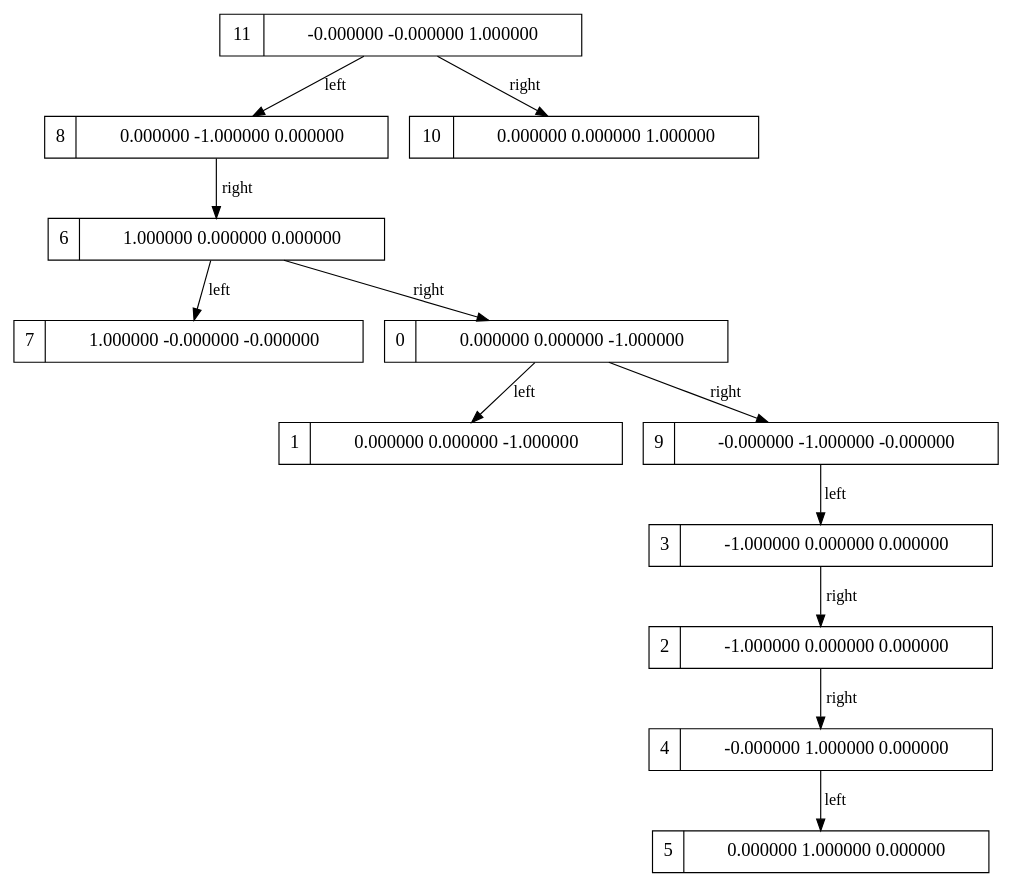
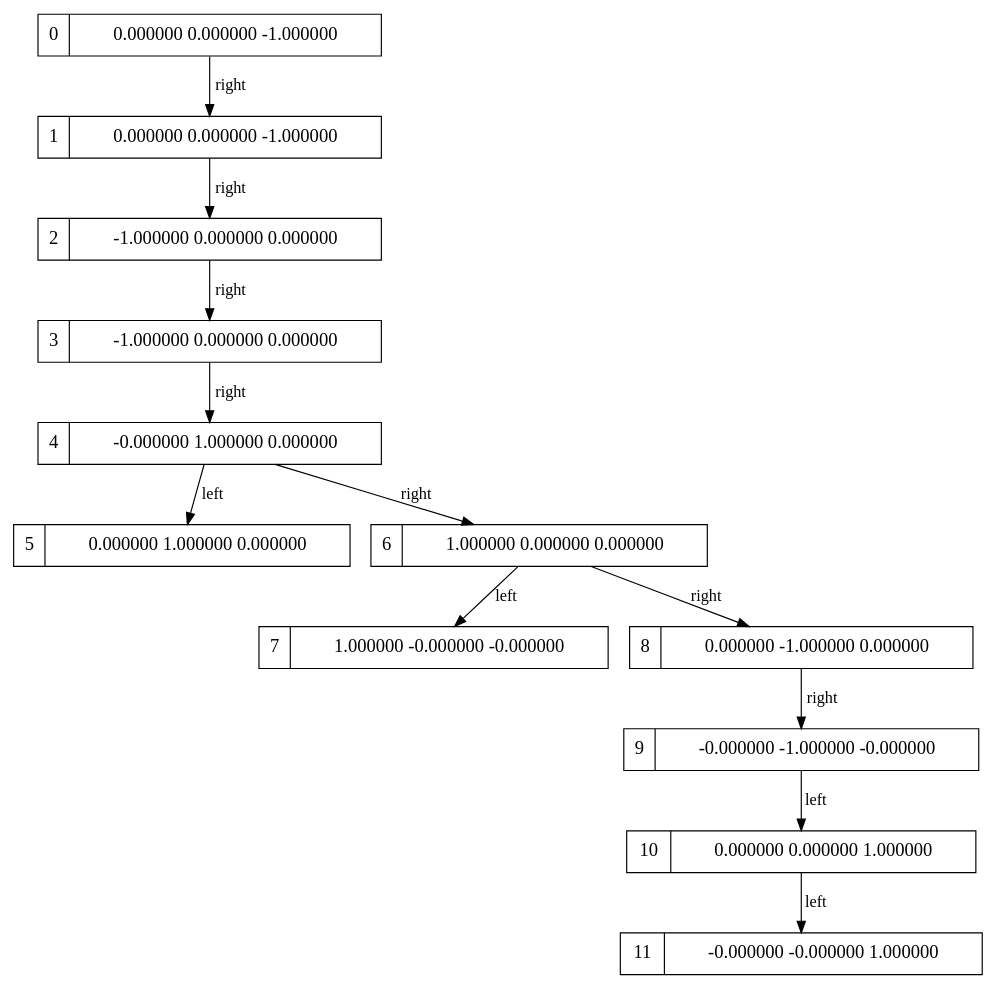
Before and after one commit to AryaGosuDev/RayTracer: the diagram in Render2/cubeoutGraph.dot, drawn with Graphviz. The commit also changed 33 other files, not shown here.

```diff
--- a/Render2/cubeoutGraph.dot
+++ b/Render2/cubeoutGraph.dot
@@ -1,1 +1,1 @@
-digraph g { graph []; node [ fontsize="16" shape = "ellipse"]; edge [];"node11" [ label = "11 | -0.000000 -0.000000 1.000000 " shape = "record" ];"node8" [ label = "8 | 0.000000 -1.000000 0.000000 " shape = "record" ];"node6" [ label = "6 | 1.000000 0.000000 0.000000 " shape = "record" ];"node7" [ label = "7 | 1.000000 -0.000000 -0.000000 " shape = "record" ];"node0" [ label = "0 | 0.000000 0.000000 -1.000000 " shape = "record" ];"node1" [ label = "1 | 0.000000 0.000000 -1.000000 " shape = "record" ];"node9" [ label = "9 | -0.000000 -1.000000 -0.000000 " shape = "record" ];"node3" [ label = "3 | -1.000000 0.000000 0.000000 " shape = "record" ];"node2" [ label = "2 | -1.000000 0.000000 0.000000 " shape = "record" ];"node4" [ label = "4 | -0.000000 1.000000 0.000000 " shape = "record" ];"node5" [ label = "5 | 0.000000 1.000000 0.000000 " shape = "record" ];"node10" [ label = "10 | 0.000000 0.000000 1.000000 " shape = "record" ];"node11"-> "node8" [ label = "left"];"node8"-> "node6" [ label = "right"];"node6"-> "node7" [ label = "left"];"node6"-> "node0" [ label = "right"];"node0"-> "node1" [ label = "left"];"node0"-> "node9" [ label = "right"];"node9"-> "node3" [ label = "left"];"node3"-> "node2" [ label = "right"];"node2"-> "node4" [ label = "right"];"node4"-> "node5" [ label = "left"];"node11"-> "node10" [ label = "right"];}
+digraph g { graph []; node [ fontsize="16" shape = "ellipse"]; edge [];"node0" [ label = "0 | 0.000000 0.000000 -1.000000 " shape = "record" ];"node1" [ label = "1 | 0.000000 0.000000 -1.000000 " shape = "record" ];"node2" [ label = "2 | -1.000000 0.000000 0.000000 " shape = "record" ];"node3" [ label = "3 | -1.000000 0.000000 0.000000 " shape = "record" ];"node4" [ label = "4 | -0.000000 1.000000 0.000000 " shape = "record" ];"node5" [ label = "5 | 0.000000 1.000000 0.000000 " shape = "record" ];"node6" [ label = "6 | 1.000000 0.000000 0.000000 " shape = "record" ];"node7" [ label = "7 | 1.000000 -0.000000 -0.000000 " shape = "record" ];"node8" [ label = "8 | 0.000000 -1.000000 0.000000 " shape = "record" ];"node9" [ label = "9 | -0.000000 -1.000000 -0.000000 " shape = "record" ];"node10" [ label = "10 | 0.000000 0.000000 1.000000 " shape = "record" ];"node11" [ label = "11 | -0.000000 -0.000000 1.000000 " shape = "record" ];"node0"-> "node1" [ label = "right"];"node1"-> "node2" [ label = "right"];"node2"-> "node3" [ label = "right"];"node3"-> "node4" [ label = "right"];"node4"-> "node5" [ label = "left"];"node4"-> "node6" [ label = "right"];"node6"-> "node7" [ label = "left"];"node6"-> "node8" [ label = "right"];"node8"-> "node9" [ label = "right"];"node9"-> "node10" [ label = "left"];"node10"-> "node11" [ label = "left"];}
```
